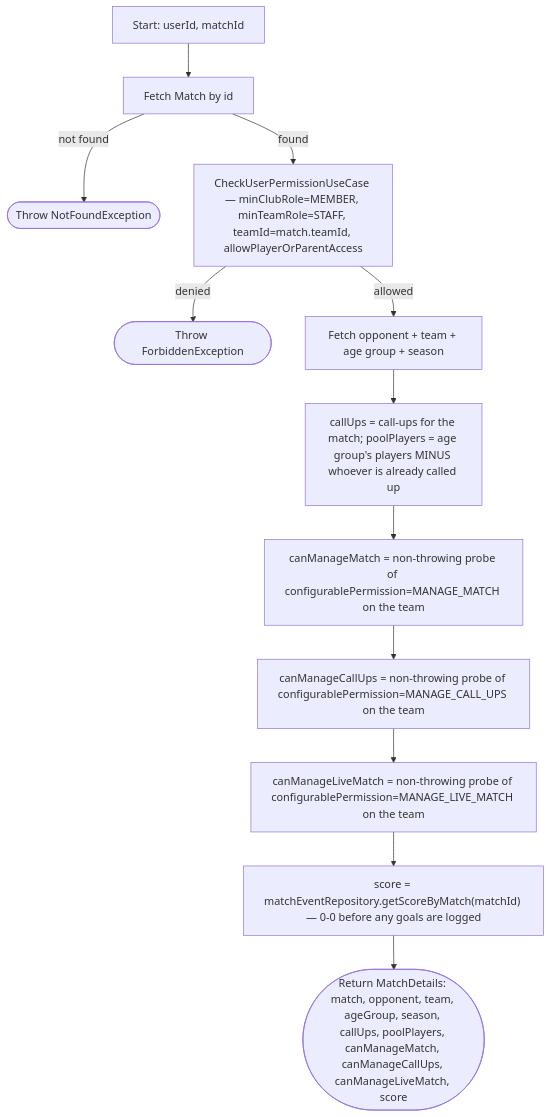
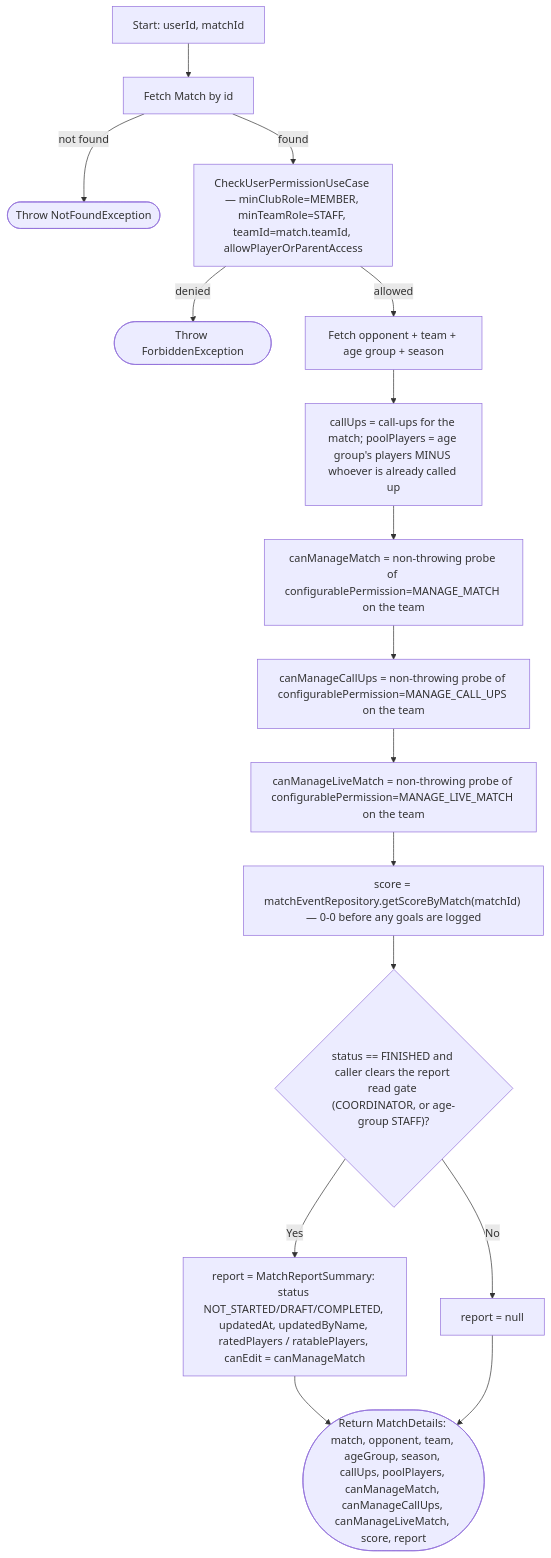
Diagram 39 of 60 in PROCESS_FLOWS.md (ricardofrango/squadify), drawn with Mermaid before and after one commit. The commit also changed other lines of this file and 7 other files, not shown here.

First line of the commit message:
Expose report status on Match Details and the report's header data

````diff
--- a/PROCESS_FLOWS.md
+++ b/PROCESS_FLOWS.md
@@ -857,14 +857,18 @@
 ```mermaid
 graph TD
     A[Start: userId, matchId] --> B[Fetch Match by id]
     B -- not found --> N(["Throw NotFoundException"])
     B -- found --> C[CheckUserPermissionUseCase — minClubRole=MEMBER, minTeamRole=STAFF, teamId=match.teamId, allowPlayerOrParentAccess]
     C -- denied --> F(["Throw ForbiddenException"])
     C -- allowed --> D[Fetch opponent + team + age group + season]
     D --> E["callUps = call-ups for the match; poolPlayers = age group's players MINUS whoever is already called up"]
     E --> G["canManageMatch = non-throwing probe of configurablePermission=MANAGE_MATCH on the team"]
     G --> G2["canManageCallUps = non-throwing probe of configurablePermission=MANAGE_CALL_UPS on the team"]
     G2 --> G3["canManageLiveMatch = non-throwing probe of configurablePermission=MANAGE_LIVE_MATCH on the team"]
     G3 --> H["score = matchEventRepository.getScoreByMatch(matchId) — 0-0 before any goals are logged"]
-    H --> Z(["Return MatchDetails: match, opponent, team, ageGroup, season, callUps, poolPlayers, canManageMatch, canManageCallUps, canManageLiveMatch, score"])
+    H --> R{"status == FINISHED and caller clears the report read gate (COORDINATOR, or age-group STAFF)?"}
+    R -- Yes --> R2["report = MatchReportSummary: status NOT_STARTED/DRAFT/COMPLETED, updatedAt, updatedByName, ratedPlayers / ratablePlayers, canEdit = canManageMatch"]
+    R -- No --> R3["report = null"]
+    R2 --> Z(["Return MatchDetails: match, opponent, team, ageGroup, season, callUps, poolPlayers, canManageMatch, canManageCallUps, canManageLiveMatch, score, report"])
+    R3 --> Z
 ```
````
